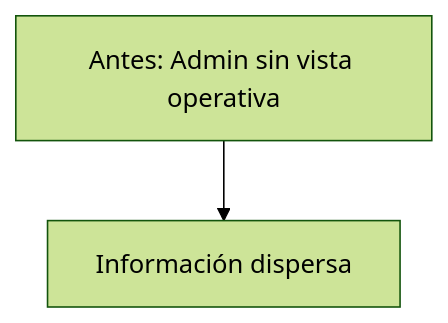
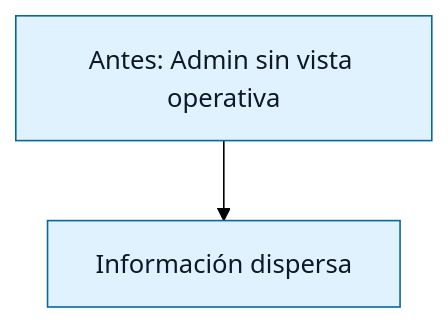
The first of 6 diagrams in docs/florinda/06-admin-dashboard/03-diagrama.md (Anagamedina/ft_transcendence), drawn with Mermaid (forest theme) before and after one commit. The commit also changed other lines of this file and 2 other files, not shown here.

Commit message:
docs(issue-7): documentar implementación, diagrama y verificación del Dashboard Admin

````diff
--- a/docs/florinda/06-admin-dashboard/03-diagrama.md
+++ b/docs/florinda/06-admin-dashboard/03-diagrama.md
@@ -3,4 +3,6 @@
 ```mermaid
 flowchart TD
  A[Antes: Admin sin vista operativa] --> B[Información dispersa]
+
+ classDef default fill:#e0f2fe,stroke:#0369a1,color:#0f172a
 ```
````
